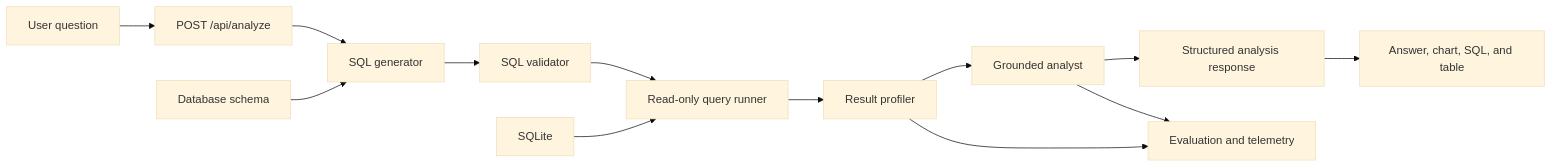
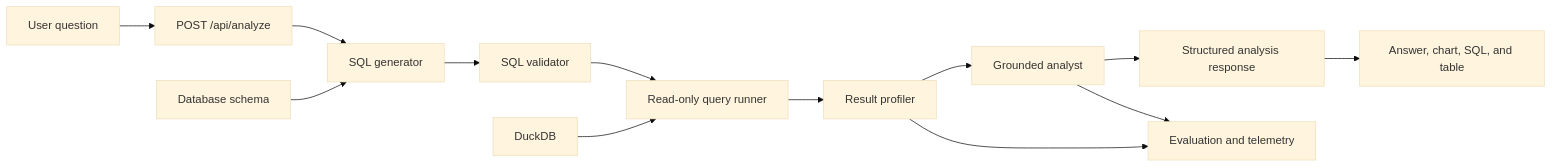
Before and after one commit to khoa-na/Private-AI-Analytics-Assistant: the diagram in docs/AI_ANALYTICS_ROADMAP.md, drawn with Mermaid (base theme). The commit also changed other lines of this file and 44 other files, not shown here.

````diff
--- a/docs/AI_ANALYTICS_ROADMAP.md
+++ b/docs/AI_ANALYTICS_ROADMAP.md
@@ -79,16 +79,16 @@
 ```mermaid
 flowchart LR
     U["User question"] --> A["POST /api/analyze"]
     A --> G["SQL generator"]
     G --> V["SQL validator"]
     V --> Q["Read-only query runner"]
     Q --> P["Result profiler"]
     P --> N["Grounded analyst"]
     N --> R["Structured analysis response"]
     R --> UI["Answer, chart, SQL, and table"]
 
     S["Database schema"] --> G
-    D["SQLite"] --> Q
+    D["DuckDB"] --> Q
     P --> O["Evaluation and telemetry"]
     N --> O
 ```
````
